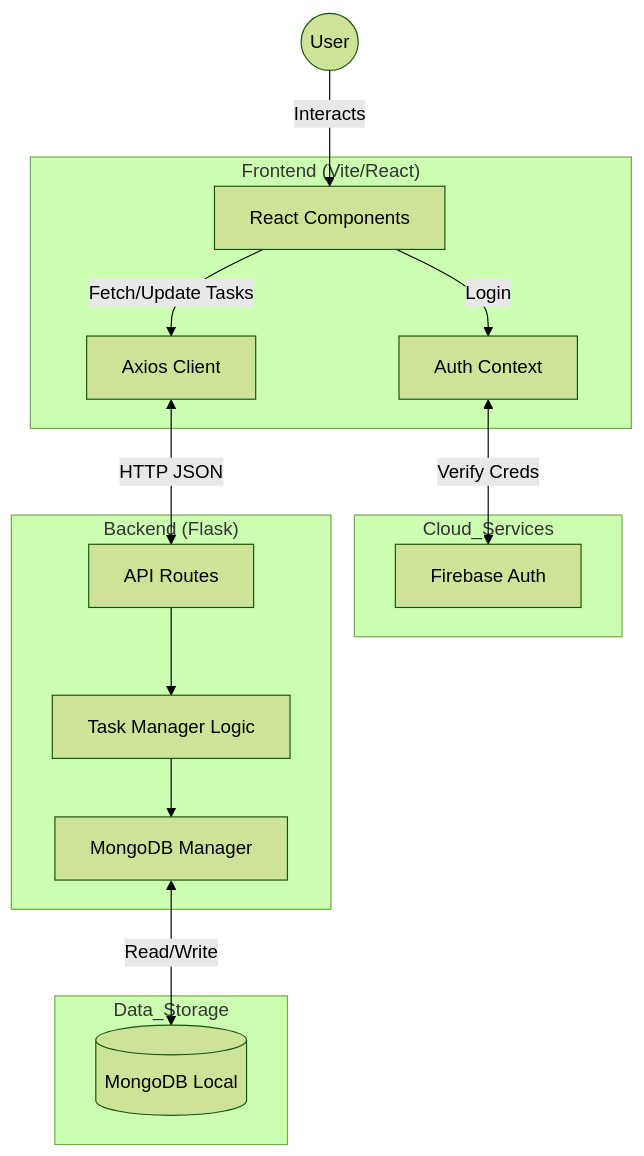
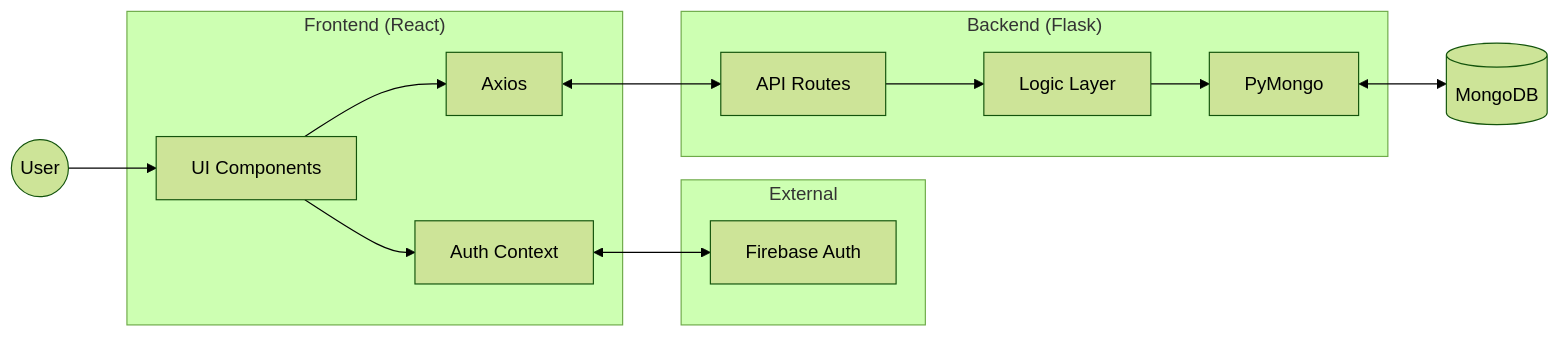
The diagram in to do list/SYSTEM_ARCHITECTURE.md (purify010622/CodSoft), drawn with Mermaid (forest theme) before and after one commit. The commit also changed 1 other file, not shown here.

Commit message:
feat: Add system architecture documentation for rock-paper-scissors and to-do list projects.

````diff
--- a/to do list/SYSTEM_ARCHITECTURE.md
+++ b/to do list/SYSTEM_ARCHITECTURE.md
@@ -27,35 +27,33 @@
 ```mermaid
-graph TD
+graph LR
     User((User))
     
-    subgraph Frontend_Client ["Frontend (Vite/React)"]
-        UI[React Components]
-        AuthCtx[Auth Context]
-        APIClient[Axios Client]
+    subgraph Frontend ["Frontend (React)"]
+        UI[UI Components]
+        Auth[Auth Context]
+        API[Axios]
     end
     
-    subgraph Cloud_Services
+    subgraph External
         Firebase[Firebase Auth]
     end
     
-    subgraph Backend_Server ["Backend (Flask)"]
+    subgraph Backend ["Backend (Flask)"]
         Routes[API Routes]
-        Logic[Task Manager Logic]
-        DBDriver[MongoDB Manager]
+        Manager[Logic Layer]
+        DB_Driver[PyMongo]
     end
     
-    subgraph Data_Storage
-        MongoDB[(MongoDB Local)]
-    end
+    DB[(MongoDB)]
     
-    User -->|Interacts| UI
-    UI -->|Login| AuthCtx
-    AuthCtx <-->|Verify Creds| Firebase
+    User --> UI
+    UI --> Auth
+    Auth <--> Firebase
     
-    UI -->|Fetch/Update Tasks| APIClient
-    APIClient <-->|HTTP JSON| Routes
+    UI --> API
+    API <--> Routes
     
-    Routes --> Logic
-    Logic --> DBDriver
-    DBDriver <-->|Read/Write| MongoDB
+    Routes --> Manager
+    Manager --> DB_Driver
+    DB_Driver <--> DB
 ```
````
